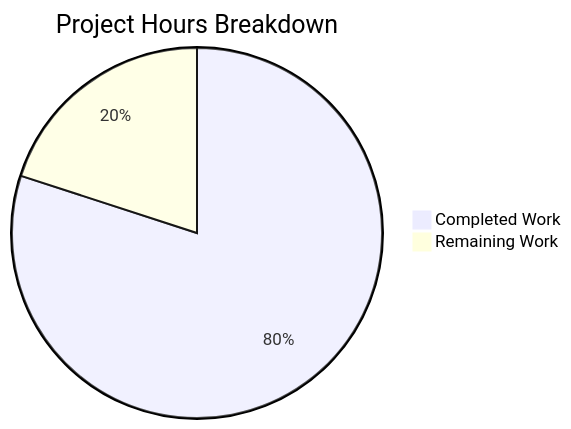
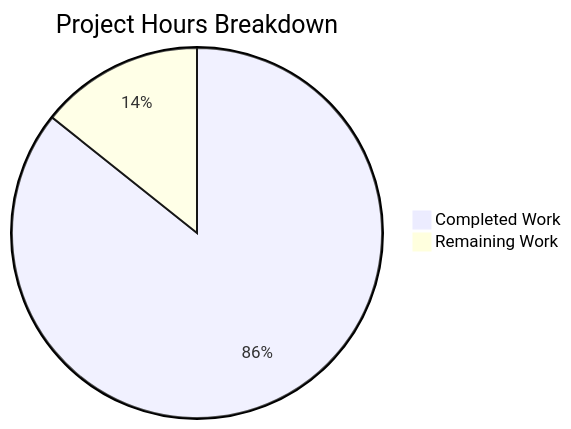
Before and after one commit to Sandeep01Kumar/29-dec-existing-projects-qa-test-5: the first of 2 diagrams in blitzy/documentation/Project Guide.md, drawn with Mermaid. The commit also changed other lines of this file, not shown here.

Commit message:
Adding Blitzy Project Guide: Project Status and Human Tasks Remaining

````diff
--- a/blitzy/documentation/Project Guide.md
+++ b/blitzy/documentation/Project Guide.md
@@ -71,5 +65,5 @@
 ```mermaid
 pie title Project Hours Breakdown
-    "Completed Work" : 8
-    "Remaining Work" : 2
+    "Completed Work" : 3
+    "Remaining Work" : 0.5
 ```
````
